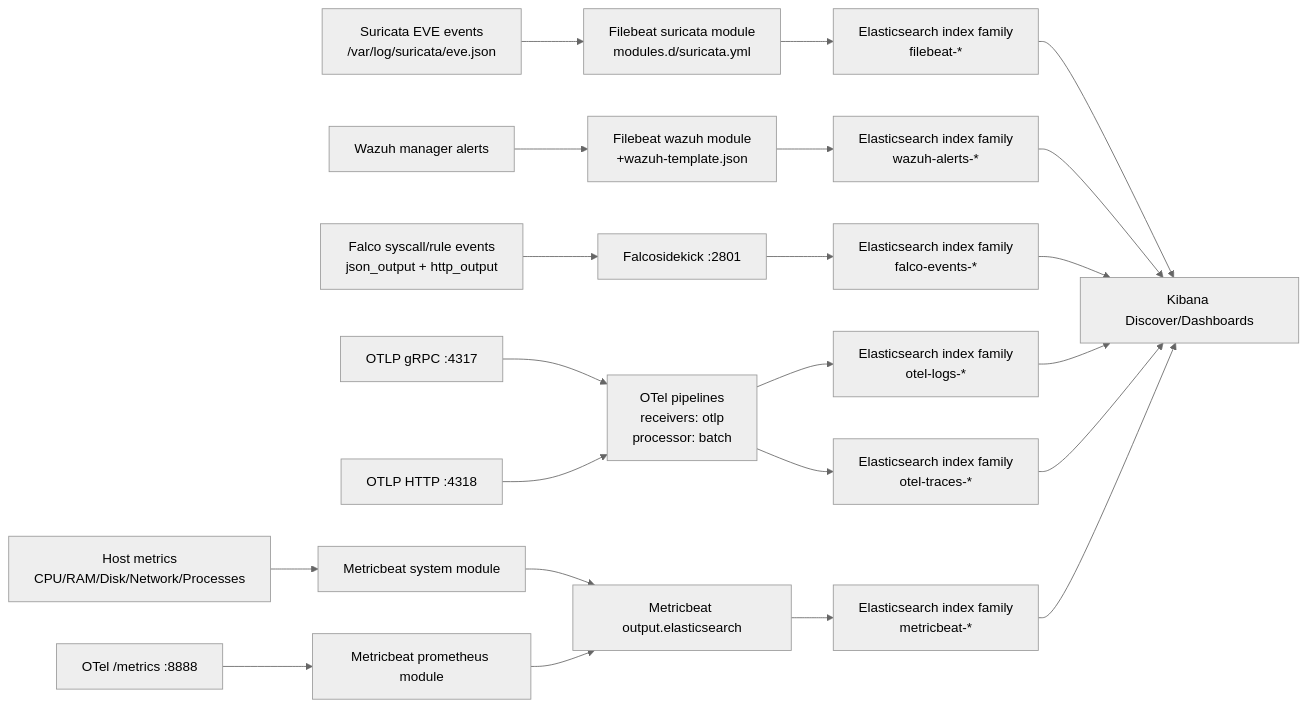
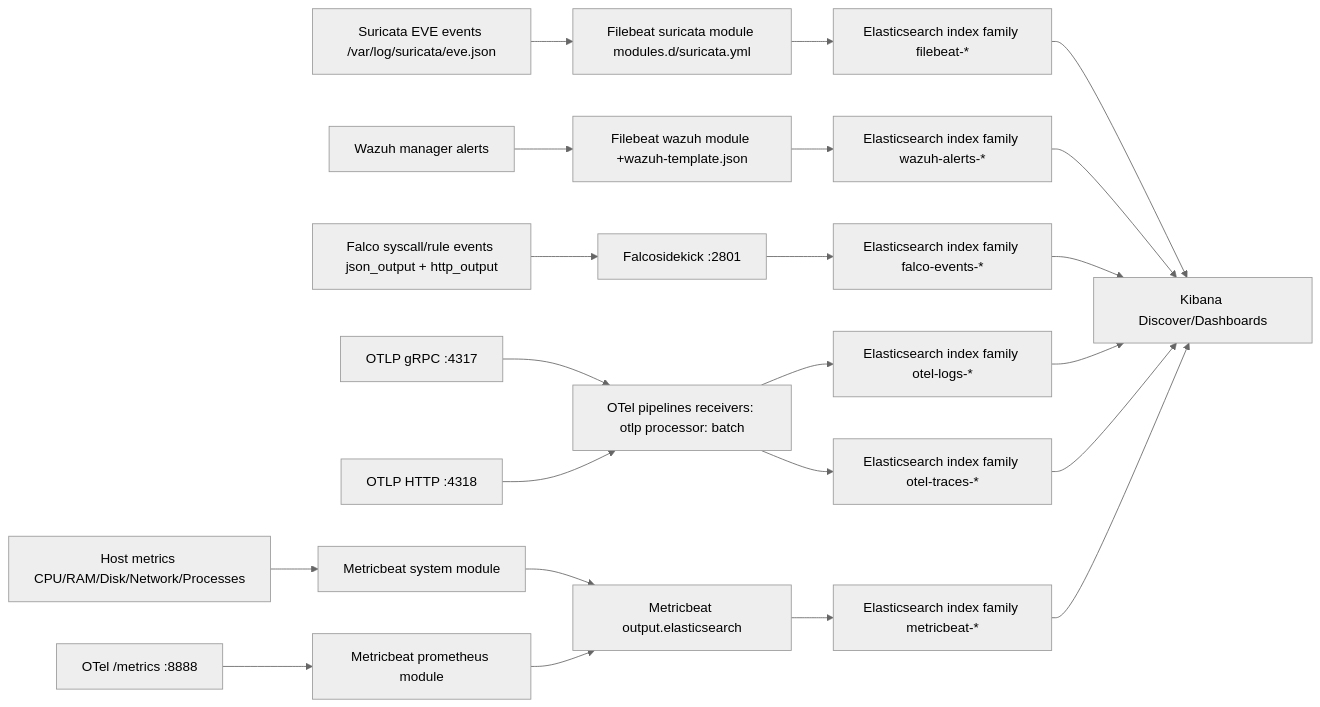
One commit to Ghazimabrouki/PFE-17-02-2026 changed the second of 6 diagrams in README.md. Above: the diagram before and after it, drawn with Mermaid (neutral theme). The commit also changed other lines of this file, not shown here.

First line of the commit message:
Refactor mermaid diagrams for clarity

````diff
--- a/README.md
+++ b/README.md
@@ -192,35 +192,35 @@
 ```mermaid
 flowchart LR
   %% Suricata pipeline
-  SURI_EVT["Suricata EVE events\n/var/log/suricata/eve.json"] --> FB_SURI["Filebeat suricata module\nmodules.d/suricata.yml"]
-  FB_SURI --> ES_FILEBEAT["Elasticsearch index family\nfilebeat-*"]
+  SURI_EVT["Suricata EVE events /var/log/suricata/eve.json"] --> FB_SURI["Filebeat suricata module modules.d/suricata.yml"]
+  FB_SURI --> ES_FILEBEAT["Elasticsearch index family filebeat-*"]
 
   %% Wazuh pipeline
-  WAZUH_ALERT["Wazuh manager alerts"] --> FB_WAZUH["Filebeat wazuh module\n+wazuh-template.json"]
-  FB_WAZUH --> ES_WAZUH["Elasticsearch index family\nwazuh-alerts-*"]
+  WAZUH_ALERT["Wazuh manager alerts"] --> FB_WAZUH["Filebeat wazuh module +wazuh-template.json"]
+  FB_WAZUH --> ES_WAZUH["Elasticsearch index family wazuh-alerts-*"]
 
   %% Falco pipeline
-  FALCO_EVT["Falco syscall/rule events\njson_output + http_output"] --> FSK_IN["Falcosidekick :2801"]
-  FSK_IN --> ES_FALCO["Elasticsearch index family\nfalco-events-*"]
+  FALCO_EVT["Falco syscall/rule events json_output + http_output"] --> FSK_IN["Falcosidekick :2801"]
+  FSK_IN --> ES_FALCO["Elasticsearch index family falco-events-*"]
 
   %% OTel pipeline
-  OTLP_IN_G["OTLP gRPC :4317"] --> OTEL_PIPE["OTel pipelines\nreceivers: otlp\nprocessor: batch"]
+  OTLP_IN_G["OTLP gRPC :4317"] --> OTEL_PIPE["OTel pipelines receivers: otlp processor: batch"]
   OTLP_IN_H["OTLP HTTP :4318"] --> OTEL_PIPE
-  OTEL_PIPE --> ES_OTEL_LOGS["Elasticsearch index family\notel-logs-*"]
-  OTEL_PIPE --> ES_OTEL_TRACES["Elasticsearch index family\notel-traces-*"]
+  OTEL_PIPE --> ES_OTEL_LOGS["Elasticsearch index family otel-logs-*"]
+  OTEL_PIPE --> ES_OTEL_TRACES["Elasticsearch index family otel-traces-*"]
 
   %% Metricbeat pipeline
-  HOST_MET["Host metrics\nCPU/RAM/Disk/Network/Processes"] --> MB_SYS["Metricbeat system module"]
+  HOST_MET["Host metrics CPU/RAM/Disk/Network/Processes"] --> MB_SYS["Metricbeat system module"]
   OTEL_PROM["OTel /metrics :8888"] --> MB_PROM["Metricbeat prometheus module"]
   MB_SYS --> MB_OUT["Metricbeat output.elasticsearch"]
   MB_PROM --> MB_OUT
-  MB_OUT --> ES_MB["Elasticsearch index family\nmetricbeat-*"]
+  MB_OUT --> ES_MB["Elasticsearch index family metricbeat-*"]
 
   %% Search/visualization sink
   ES_FILEBEAT --> KIBANA["Kibana Discover/Dashboards"]
   ES_WAZUH --> KIBANA
   ES_FALCO --> KIBANA
   ES_OTEL_LOGS --> KIBANA
   ES_OTEL_TRACES --> KIBANA
   ES_MB --> KIBANA
 ```
````
